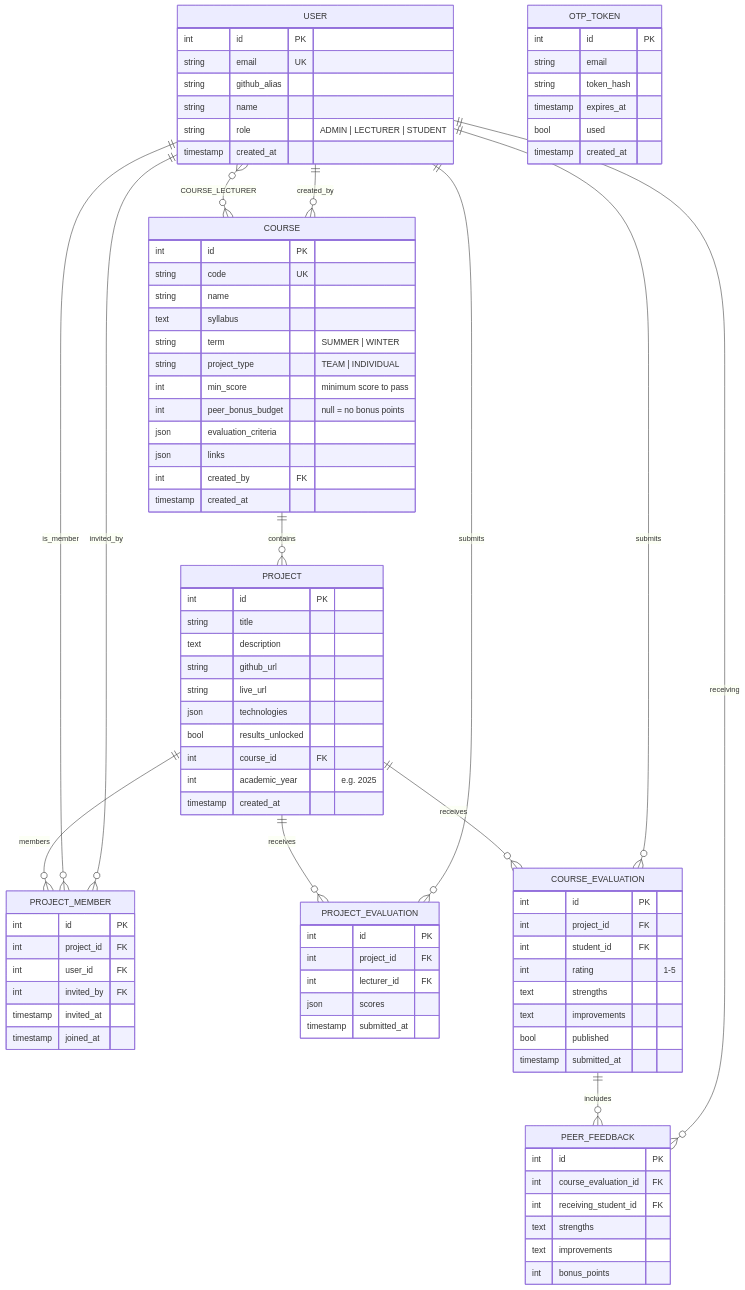
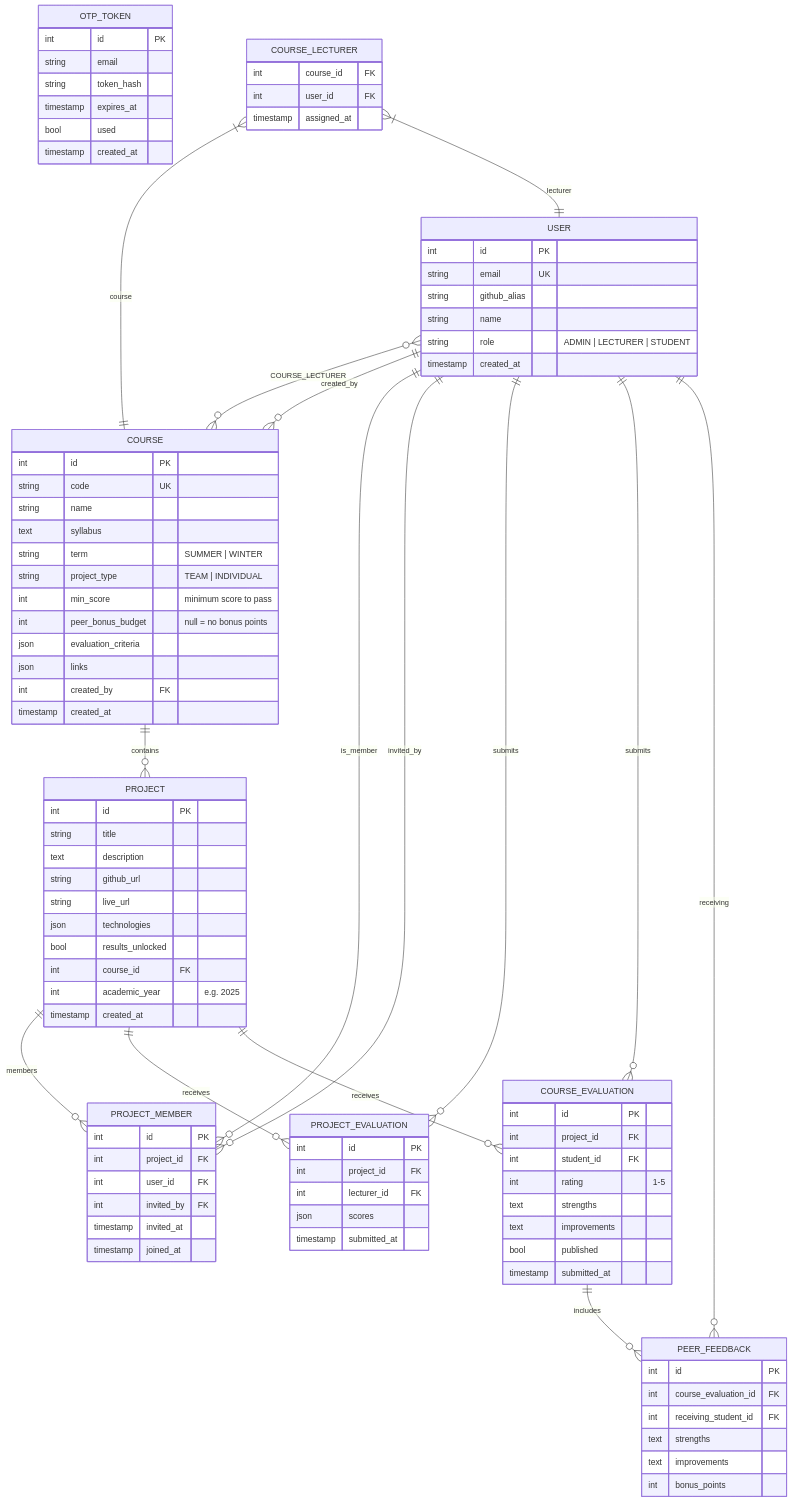
The second of 6 diagrams in docs/DESIGN.md (ljezek/tul-psi), drawn with Mermaid before and after one commit. The commit also changed other lines of this file, not shown here.

```diff
--- a/docs/DESIGN.md
+++ b/docs/DESIGN.md
@@ -117,7 +117,15 @@
         int bonus_points
     }
 
+    COURSE_LECTURER {
+        int course_id FK
+        int user_id FK
+        timestamp assigned_at
+    }
+
     USER }o--o{ COURSE : "COURSE_LECTURER"
+    COURSE_LECTURER }|--|| COURSE : "course"
+    COURSE_LECTURER }|--|| USER : "lecturer"
     USER ||--o{ COURSE : "created_by"
     COURSE ||--o{ PROJECT : "contains"
     PROJECT ||--o{ PROJECT_MEMBER : "members"
```
